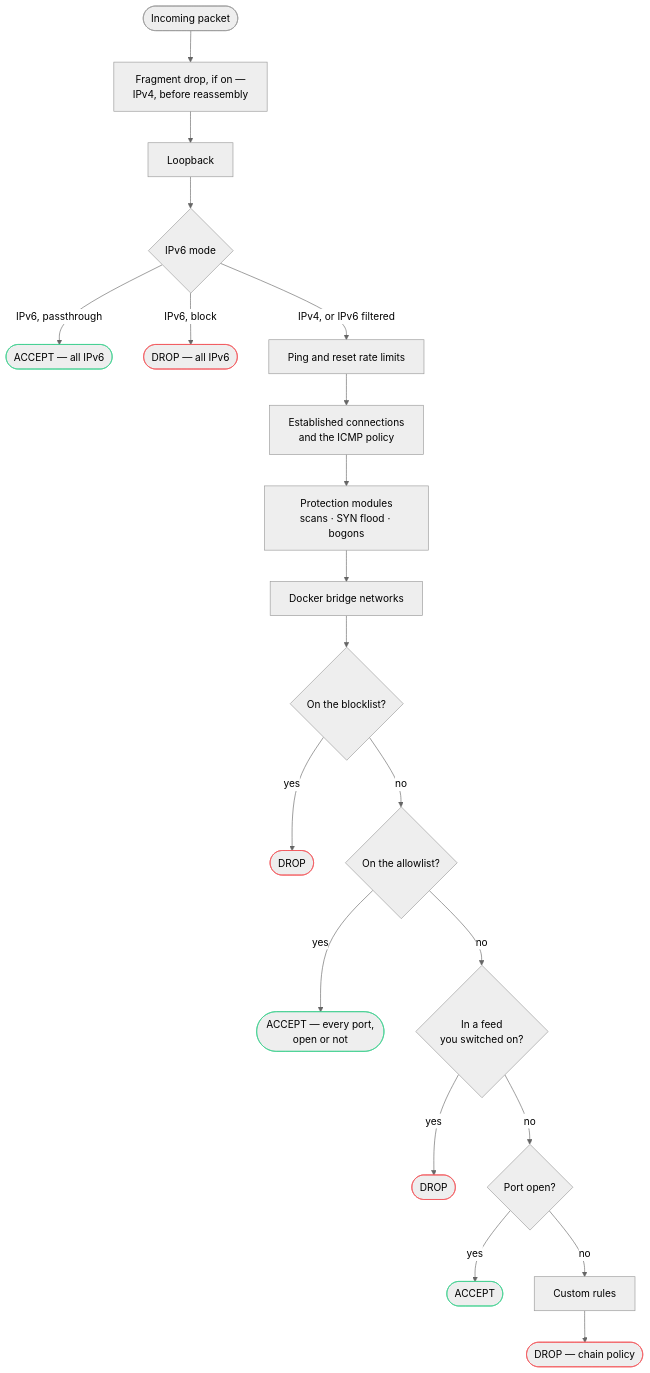
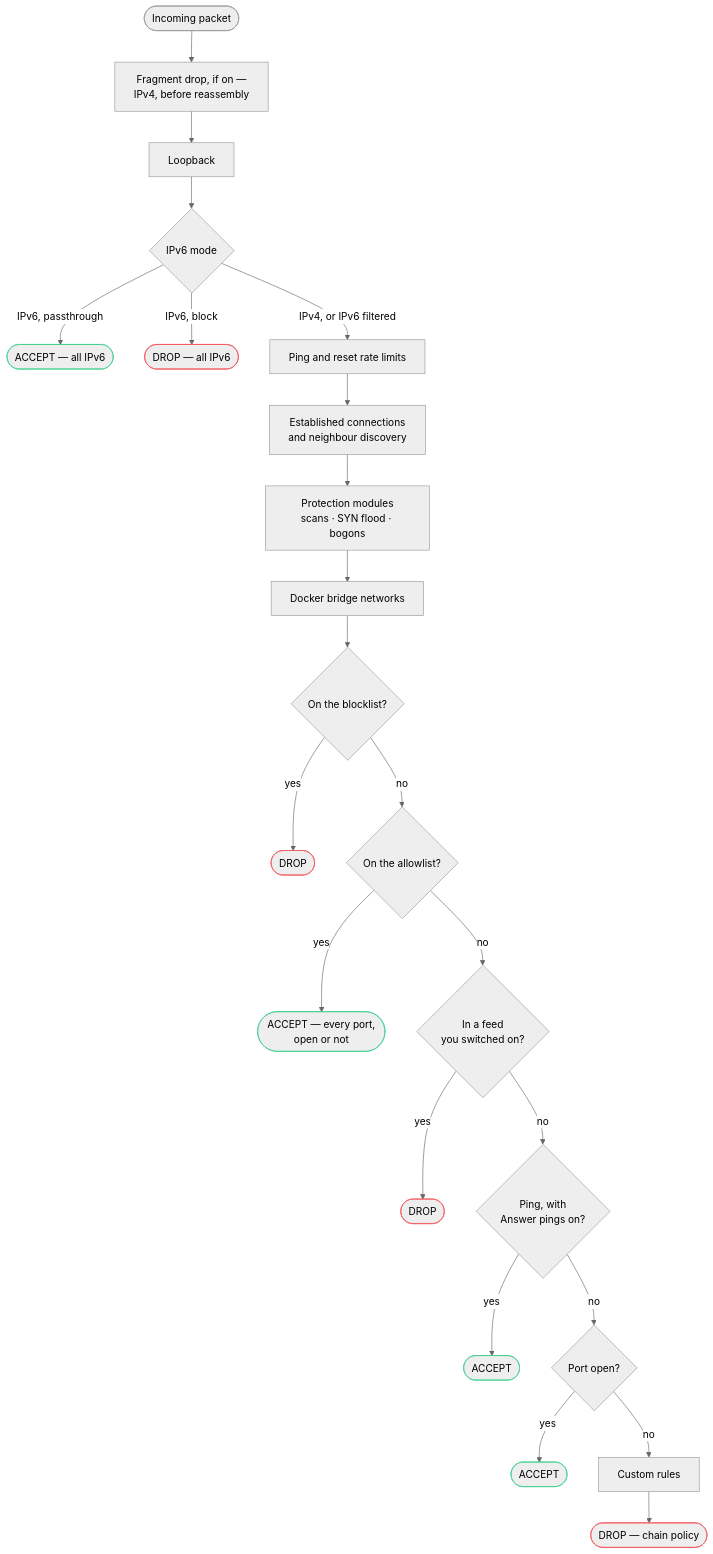
Before and after one commit to jp1337/easywall: the diagram in docs/_diagrams/rule-order.mmd, drawn with Mermaid (neutral theme). The commit also changed 16 other files, not shown here.

```diff
--- a/docs/_diagrams/rule-order.mmd
+++ b/docs/_diagrams/rule-order.mmd
@@ -1,28 +1,31 @@
 flowchart TD
   P(["Incoming packet"]) --> F["Fragment drop, if on —<br/>IPv4, before reassembly"]
   F --> L["Loopback"]
   L --> V{"IPv6 mode"}
   V -->|"IPv6, passthrough"| A1(["ACCEPT — all IPv6"])
   V -->|"IPv6, block"| X0(["DROP — all IPv6"])
   V -->|"IPv4, or IPv6 filtered"| R["Ping and reset rate limits"]
-  R --> H["Established connections<br/>and the ICMP policy"]
+  R --> H["Established connections<br/>and neighbour discovery"]
   H --> M["Protection modules<br/>scans · SYN flood · bogons"]
   M --> D["Docker bridge networks"]
   D --> B{"On the blocklist?"}
   B -->|yes| X1(["DROP"])
   B -->|no| W{"On the allowlist?"}
   W -->|yes| A3(["ACCEPT — every port,<br/>open or not"])
   W -->|no| FD{"In a feed<br/>you switched on?"}
   FD -->|yes| X3(["DROP"])
-  FD -->|no| O{"Port open?"}
+  FD -->|no| E{"Ping, with<br/>Answer pings on?"}
+  E -->|yes| A5(["ACCEPT"])
+  E -->|no| O{"Port open?"}
   O -->|yes| A4(["ACCEPT"])
   O -->|no| C["Custom rules"]
   C --> X2(["DROP — chain policy"])
 
   style X0 stroke:#f2555a
   style X1 stroke:#f2555a
   style X2 stroke:#f2555a
   style X3 stroke:#f2555a
   style A1 stroke:#3ecf8e
   style A3 stroke:#3ecf8e
   style A4 stroke:#3ecf8e
+  style A5 stroke:#3ecf8e
```
